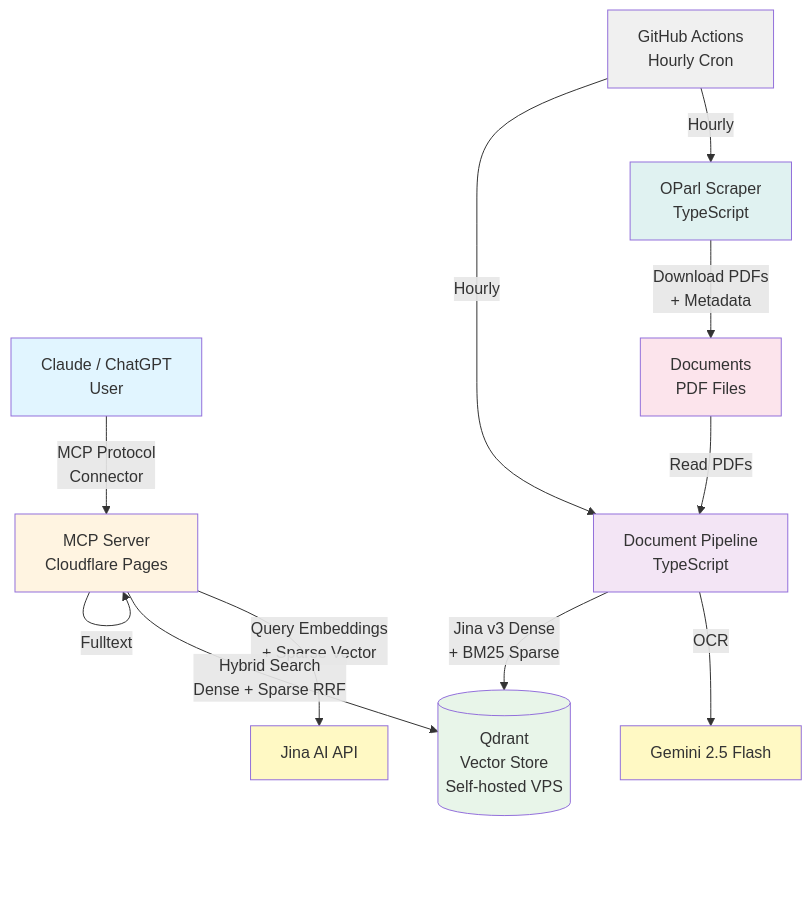
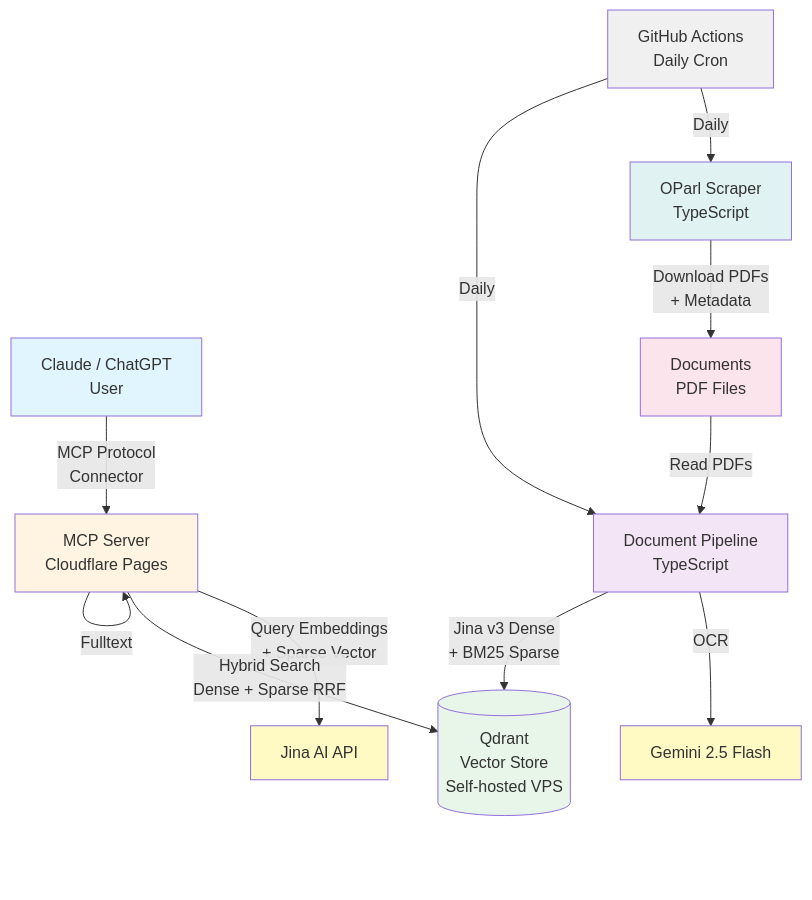
Before and after one commit to levino/nordstemmen-ai: the diagram in README.md, drawn with Mermaid. The commit also changed other lines of this file and 10 other files, not shown here.

````diff
--- a/README.md
+++ b/README.md
@@ -69,33 +69,33 @@
 ```mermaid
 graph TB
     User[Claude / ChatGPT<br/>User]
     MCP[MCP Server<br/>Cloudflare Pages]
     Qdrant[(Qdrant<br/>Vector Store<br/>Self-hosted VPS)]
     Pipeline[Document Pipeline<br/>TypeScript]
     Docs[Documents<br/>PDF Files]
     Scraper[OParl Scraper<br/>TypeScript]
     Jina[Jina AI API]
     Gemini[Gemini 2.5 Flash]
-    CI[GitHub Actions<br/>Hourly Cron]
+    CI[GitHub Actions<br/>Daily Cron]
 
     User -->|MCP Protocol<br/>Connector| MCP
     MCP -->|Query Embeddings<br/>+ Sparse Vector| Jina
     MCP -->|Hybrid Search<br/>Dense + Sparse RRF| Qdrant
     MCP -->|Fulltext| MCP
-    CI -->|Hourly| Scraper
-    CI -->|Hourly| Pipeline
+    CI -->|Daily| Scraper
+    CI -->|Daily| Pipeline
     Scraper -->|Download PDFs<br/>+ Metadata| Docs
     Docs -->|Read PDFs| Pipeline
     Pipeline -->|OCR| Gemini
     Pipeline -->|Jina v3 Dense<br/>+ BM25 Sparse| Qdrant
 
     style User fill:#e1f5ff
     style MCP fill:#fff4e1
     style Qdrant fill:#e8f5e9
     style Pipeline fill:#f3e5f5
     style Docs fill:#fce4ec
     style Scraper fill:#e0f2f1
     style Jina fill:#fff9c4
     style Gemini fill:#fff9c4
     style CI fill:#f0f0f0
 ```
````
